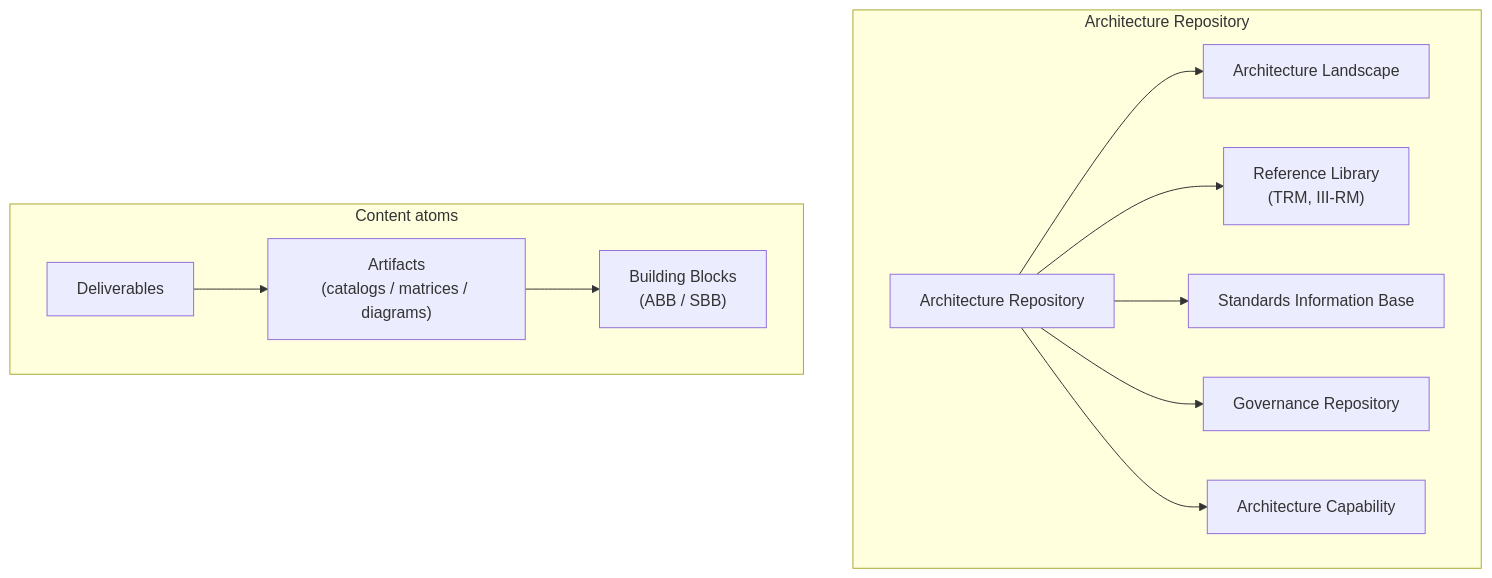
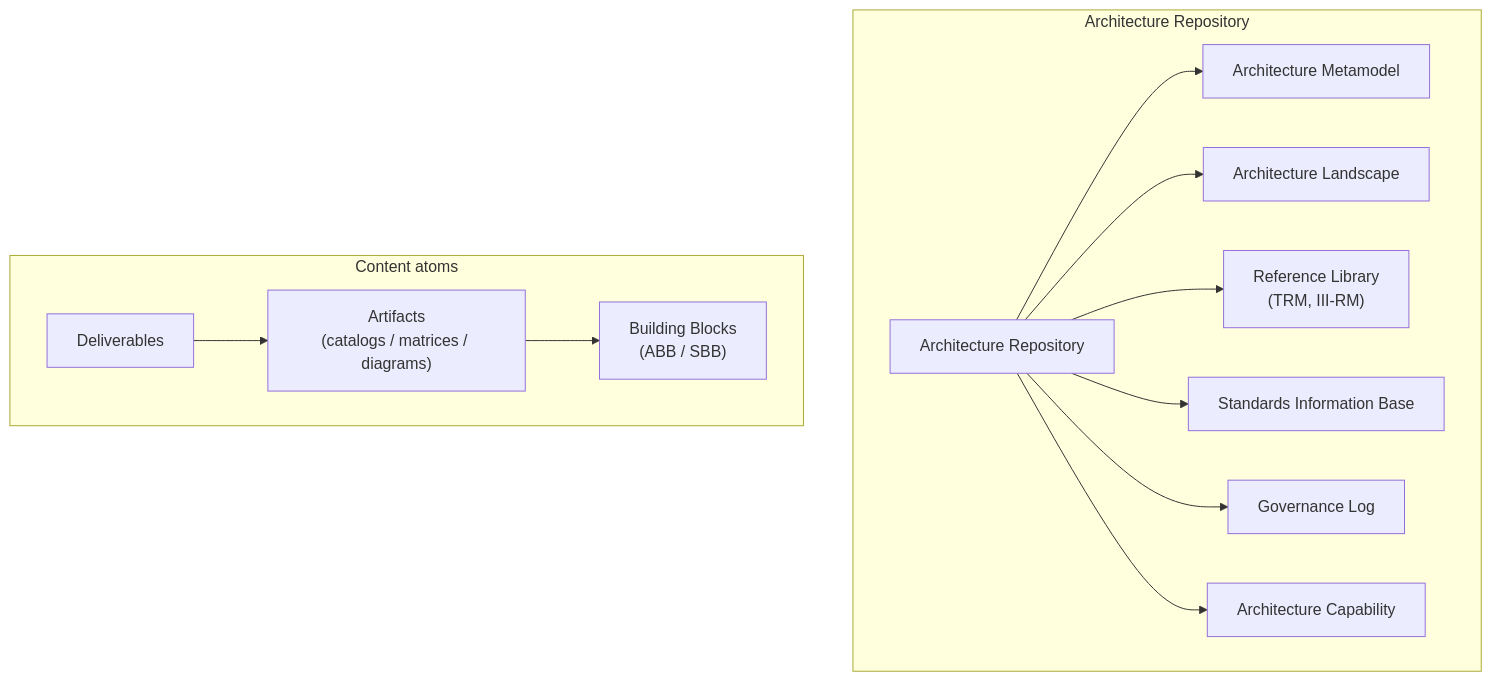
The diagram in plugins/archmage/skills/togaf/reference/content-framework.md (klesajos/grimoire), drawn with Mermaid before and after one commit. The commit also changed other lines of this file and 19 other files, not shown here.

````diff
--- a/plugins/archmage/skills/togaf/reference/content-framework.md
+++ b/plugins/archmage/skills/togaf/reference/content-framework.md
@@ -12,16 +12,17 @@
 ```mermaid
 flowchart TB
   subgraph Repo["Architecture Repository"]
     AR["Architecture Repository"]
+    AR --> AMM["Architecture Metamodel"]
     AR --> AL["Architecture Landscape"]
     AR --> RL["Reference Library<br/>(TRM, III-RM)"]
     AR --> SIB["Standards Information Base"]
-    AR --> GR["Governance Repository"]
+    AR --> GL["Governance Log"]
     AR --> AC["Architecture Capability"]
   end
 
   subgraph Content["Content atoms"]
     DEL["Deliverables"] --> ART["Artifacts<br/>(catalogs / matrices / diagrams)"]
     ART --> BB["Building Blocks<br/>(ABB / SBB)"]
   end
 ```
````
